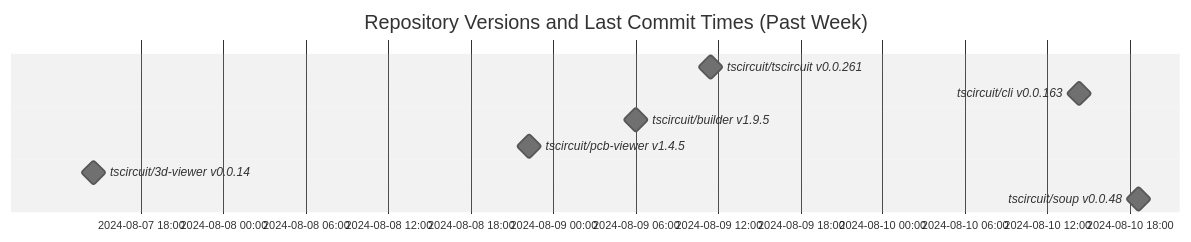
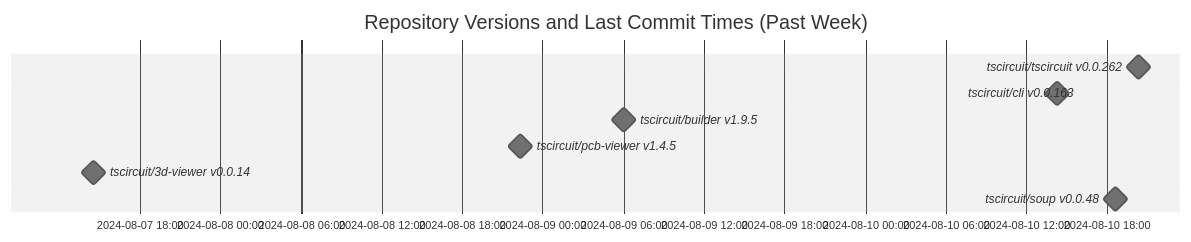
Before and after one commit to tscircuit/version-tracker: the diagram in README.md, drawn with Mermaid (neutral theme).

Commit message:
Update chart

````diff
--- a/README.md
+++ b/README.md
@@ -1,13 +1,13 @@
 ```mermaid
 gantt
   dateFormat  YYYY-MM-DD HH:mm:ss
   title Repository Versions and Last Commit Times (Past Week)
   axisFormat %Y-%m-%d %H:%M
 
-  tscircuit/tscircuit v0.0.261 : milestone, 2024-08-09 11:27:18, 1s
+  tscircuit/tscircuit v0.0.262 : milestone, 2024-08-10 20:20:25, 1s
   tscircuit/cli v0.0.163 : milestone, 2024-08-10 14:15:28, 1s
   tscircuit/builder v1.9.5 : milestone, 2024-08-09 06:00:02, 1s
   tscircuit/pcb-viewer v1.4.5 : milestone, 2024-08-08 22:18:20, 1s
   tscircuit/3d-viewer v0.0.14 : milestone, 2024-08-07 14:34:01, 1s
   tscircuit/soup v0.0.48 : milestone, 2024-08-10 18:36:47, 1s
 ```
````
